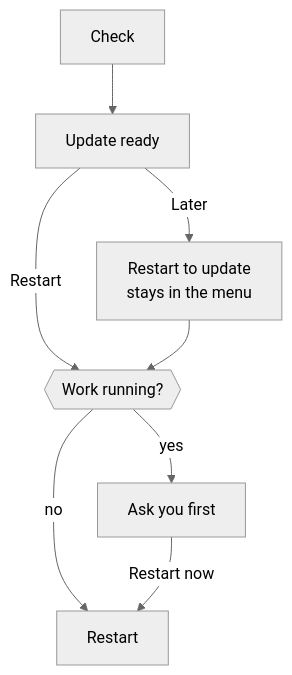
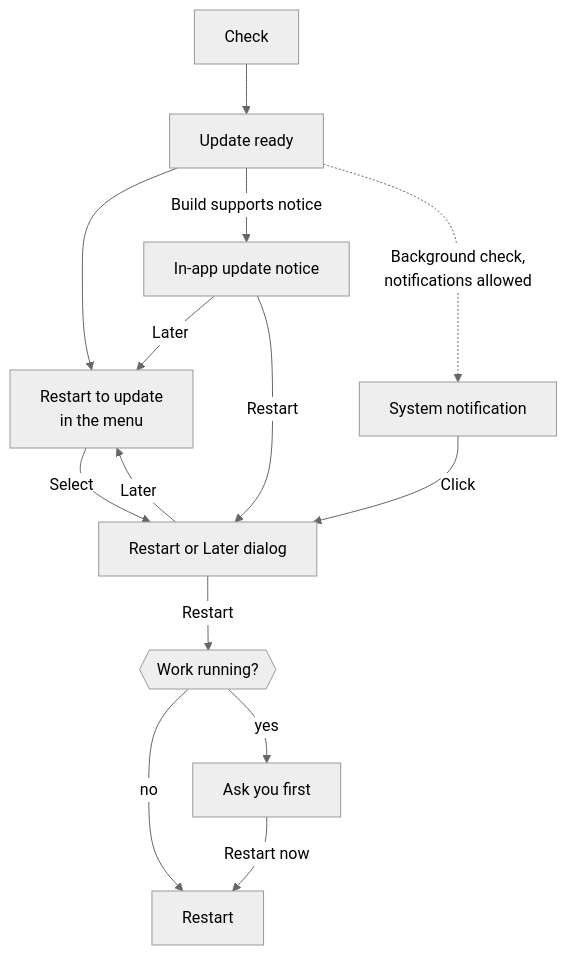
Before and after one commit to KrishBhimani/nod: the second of 2 diagrams in docs/src/content/docs/deploy/desktop-app.mdx, drawn with Mermaid (neutral theme). The commit also changed other lines of this file and 22 other files, not shown here.

````diff
--- a/docs/src/content/docs/deploy/desktop-app.mdx
+++ b/docs/src/content/docs/deploy/desktop-app.mdx
@@ -143,10 +143,16 @@
 ```mermaid
 flowchart TD
   check[Check]:::muted --> ready[Update ready]
-  ready -- Later --> menu[Restart to update<br/>stays in the menu]
-  ready -- Restart --> busy{{Work running?}}
-  menu --> busy
+  ready --> menu[Restart to update<br/>in the menu]
+  ready -- Build supports notice --> notice[In-app update notice]:::accent
+  ready -. Background check,<br/>notifications allowed .-> system[System notification]
+  system -- Click --> confirm[Restart or Later dialog]:::accent
+  confirm -- Later --> menu
+  confirm -- Restart --> busy{{Work running?}}
+  notice -- Later --> menu
+  notice -- Restart --> confirm
+  menu -- Select --> confirm
   busy -- no --> restart[Restart]:::go
   busy -- yes --> ask[Ask you first]:::accent
   ask -- Restart now --> restart
 ```
````
